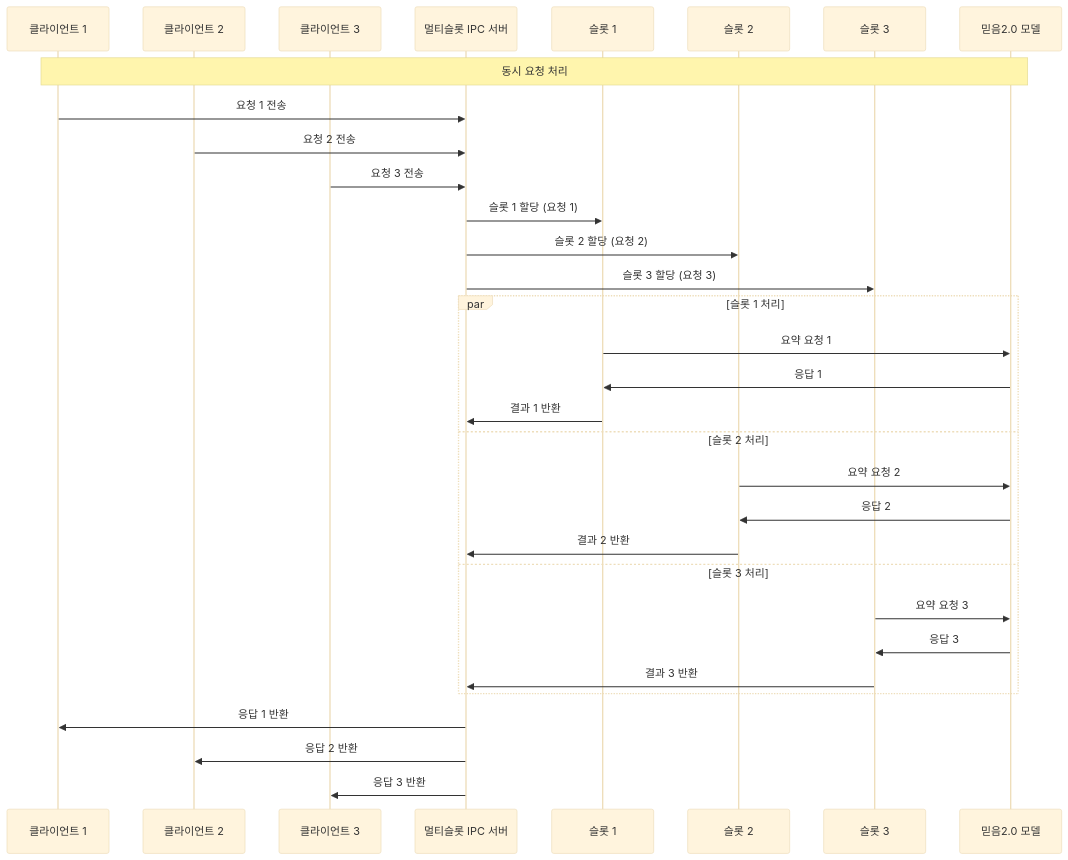
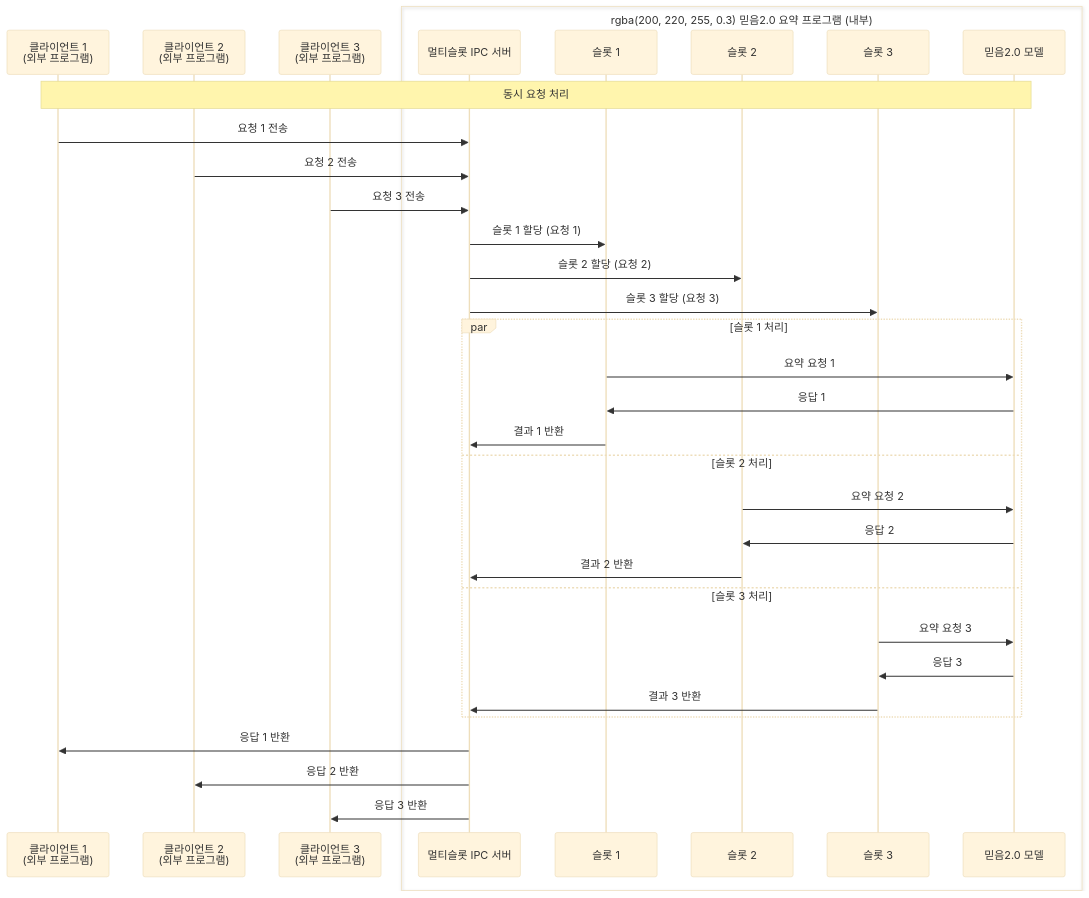
One commit to hak023/gemma-summarizer-poc changed the second of 5 diagrams in sequence_diagram.md. Above: the diagram before and after it, drawn with Mermaid (base theme). The commit also changed other lines of this file and 2 other files, not shown here.

First line of the commit message:
시퀀스 다이어그램 수정: 외부/내부 프로그램 구분 명시

````diff
--- a/sequence_diagram.md
+++ b/sequence_diagram.md
@@ -66,38 +69,41 @@
 ```mermaid
 sequenceDiagram
-    participant Client1 as 클라이언트 1
-    participant Client2 as 클라이언트 2
-    participant Client3 as 클라이언트 3
-    participant IPC as 멀티슬롯 IPC 서버
-    participant Slot1 as 슬롯 1
-    participant Slot2 as 슬롯 2
-    participant Slot3 as 슬롯 3
-    participant Gemma as 믿음2.0 모델
+    participant Client1 as 클라이언트 1<br/>(외부 프로그램)
+    participant Client2 as 클라이언트 2<br/>(외부 프로그램)
+    participant Client3 as 클라이언트 3<br/>(외부 프로그램)
+    
+    box rgba(200, 220, 255, 0.3) 믿음2.0 요약 프로그램 (내부)
+        participant IPC as 멀티슬롯 IPC 서버
+        participant Slot1 as 슬롯 1
+        participant Slot2 as 슬롯 2
+        participant Slot3 as 슬롯 3
+        participant Gemma as 믿음2.0 모델
+    end
 
     Note over Client1,Gemma: 동시 요청 처리
     Client1->>IPC: 요청 1 전송
     Client2->>IPC: 요청 2 전송
     Client3->>IPC: 요청 3 전송
     
     IPC->>Slot1: 슬롯 1 할당 (요청 1)
     IPC->>Slot2: 슬롯 2 할당 (요청 2)
     IPC->>Slot3: 슬롯 3 할당 (요청 3)
     
     par 슬롯 1 처리
         Slot1->>Gemma: 요약 요청 1
         Gemma->>Slot1: 응답 1
         Slot1->>IPC: 결과 1 반환
     and 슬롯 2 처리
         Slot2->>Gemma: 요약 요청 2
         Gemma->>Slot2: 응답 2
         Slot2->>IPC: 결과 2 반환
     and 슬롯 3 처리
         Slot3->>Gemma: 요약 요청 3
         Gemma->>Slot3: 응답 3
         Slot3->>IPC: 결과 3 반환
     end
     
     IPC->>Client1: 응답 1 반환
     IPC->>Client2: 응답 2 반환
     IPC->>Client3: 응답 3 반환
 ```
````
